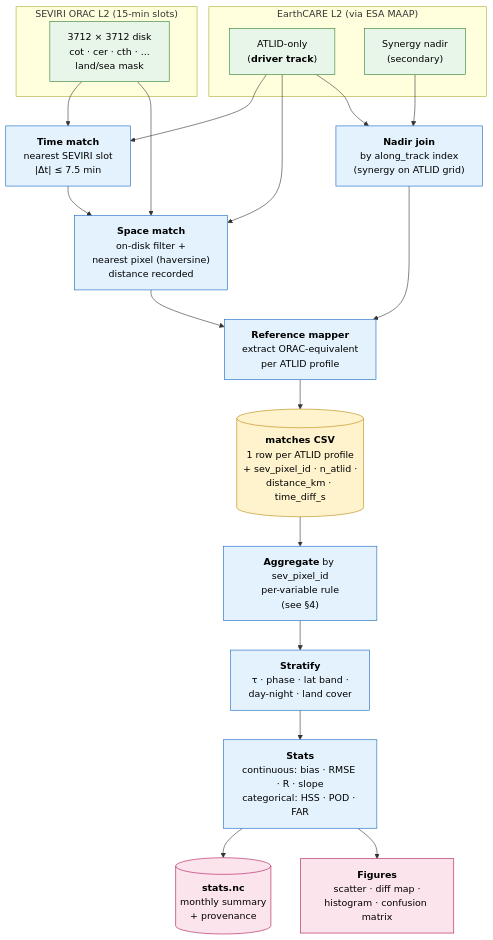
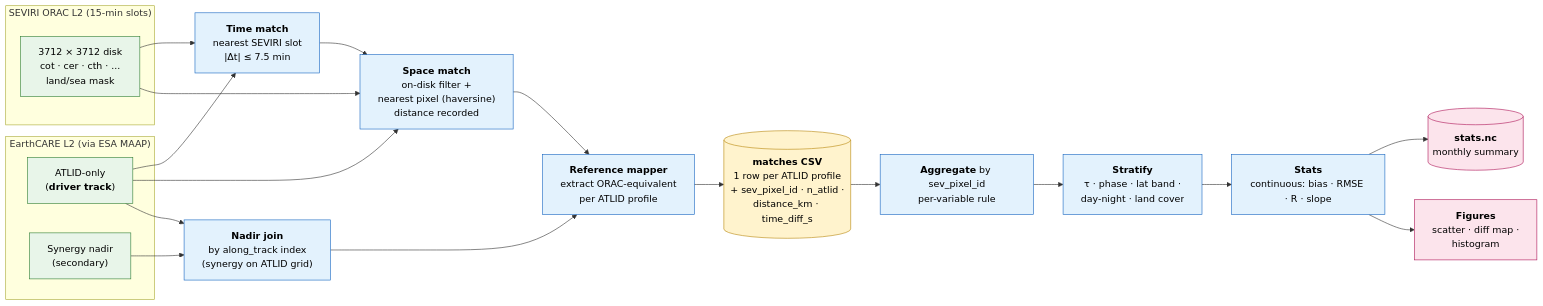
Before and after one commit to ray-climate/cloud_cci: the second of 4 diagrams in docs/validation_pipeline.md, drawn with Mermaid.

Commit message:
docs(pipeline): horizontal end-to-end diagram, trim node labels

````diff
--- a/docs/validation_pipeline.md
+++ b/docs/validation_pipeline.md
@@ -53,47 +53,47 @@
 ```mermaid
-flowchart TB
+flowchart LR
     classDef src fill:#e8f5e9,stroke:#2e7d32,color:#000
     classDef proc fill:#e3f2fd,stroke:#1565c0,color:#000
     classDef store fill:#fff3cd,stroke:#b8860b,color:#000
     classDef out fill:#fce4ec,stroke:#ad1457,color:#000
 
     subgraph EC["EarthCARE L2 (via ESA MAAP)"]
         ECA["ATLID-only<br/>(<b>driver track</b>)"]:::src
         ECS["Synergy nadir<br/>(secondary)"]:::src
     end
 
     subgraph SEV["SEVIRI ORAC L2 (15-min slots)"]
         SEVF["3712 × 3712 disk<br/>cot · cer · cth · ...<br/>land/sea mask"]:::src
     end
 
     TM["<b>Time match</b><br/>nearest SEVIRI slot<br/>|Δt| ≤ 7.5 min"]:::proc
     SM["<b>Space match</b><br/>on-disk filter +<br/>nearest pixel (haversine)<br/>distance recorded"]:::proc
     NJ["<b>Nadir join</b><br/>by along_track index<br/>(synergy on ATLID grid)"]:::proc
 
     REF["<b>Reference mapper</b><br/>extract ORAC-equivalent<br/>per ATLID profile"]:::proc
 
     DB[("<b>matches CSV</b><br/>1 row per ATLID profile<br/>+ sev_pixel_id · n_atlid ·<br/>distance_km · time_diff_s")]:::store
 
-    AGG["<b>Aggregate</b> by sev_pixel_id<br/>per-variable rule<br/>(see §4)"]:::proc
+    AGG["<b>Aggregate</b> by sev_pixel_id<br/>per-variable rule"]:::proc
     STR["<b>Stratify</b><br/>τ · phase · lat band ·<br/>day-night · land cover"]:::proc
-    ST["<b>Stats</b><br/>continuous: bias · RMSE · R · slope<br/>categorical: HSS · POD · FAR"]:::proc
+    ST["<b>Stats</b><br/>continuous: bias · RMSE · R · slope"]:::proc
 
-    NC[("<b>stats.nc</b><br/>monthly summary<br/>+ provenance")]:::out
-    FIG["<b>Figures</b><br/>scatter · diff map ·<br/>histogram · confusion matrix"]:::out
+    NC[("<b>stats.nc</b><br/>monthly summary")]:::out
+    FIG["<b>Figures</b><br/>scatter · diff map ·<br/>histogram"]:::out
 
     ECA --> TM
     SEVF --> TM
     TM --> SM
     ECA --> SM
     SEVF --> SM
     SM --> REF
     ECS --> NJ
     ECA --> NJ
     NJ --> REF
     REF --> DB
     DB --> AGG
     AGG --> STR
     STR --> ST
     ST --> NC
     ST --> FIG
 ```
````
